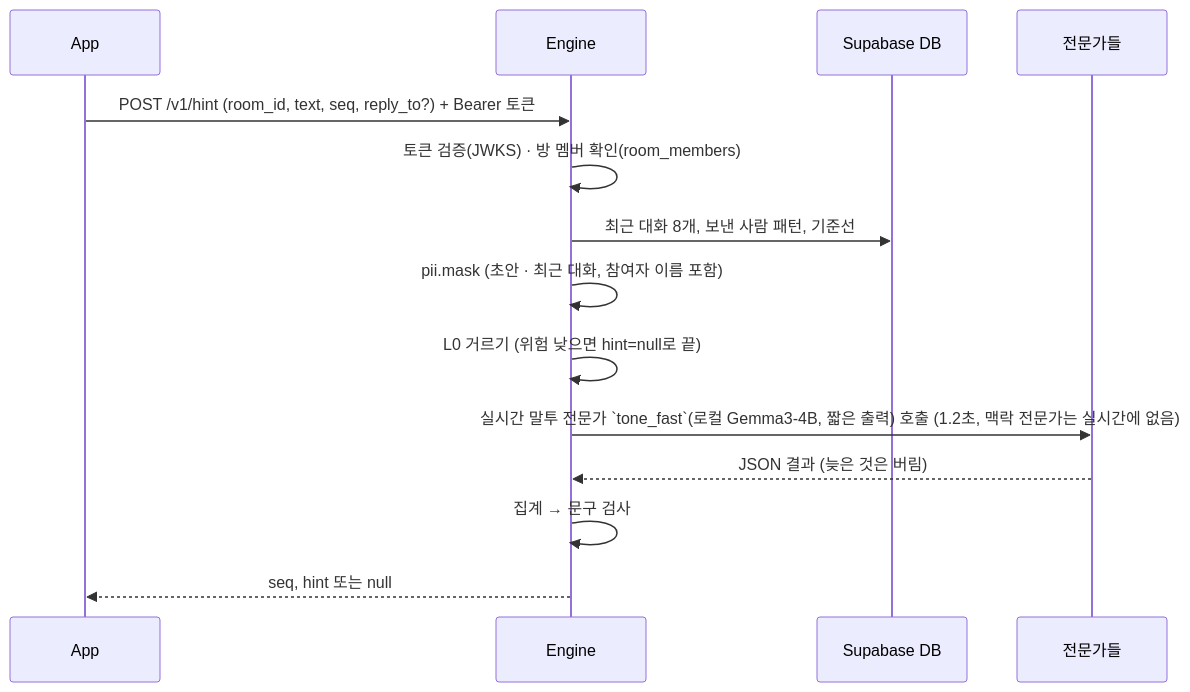
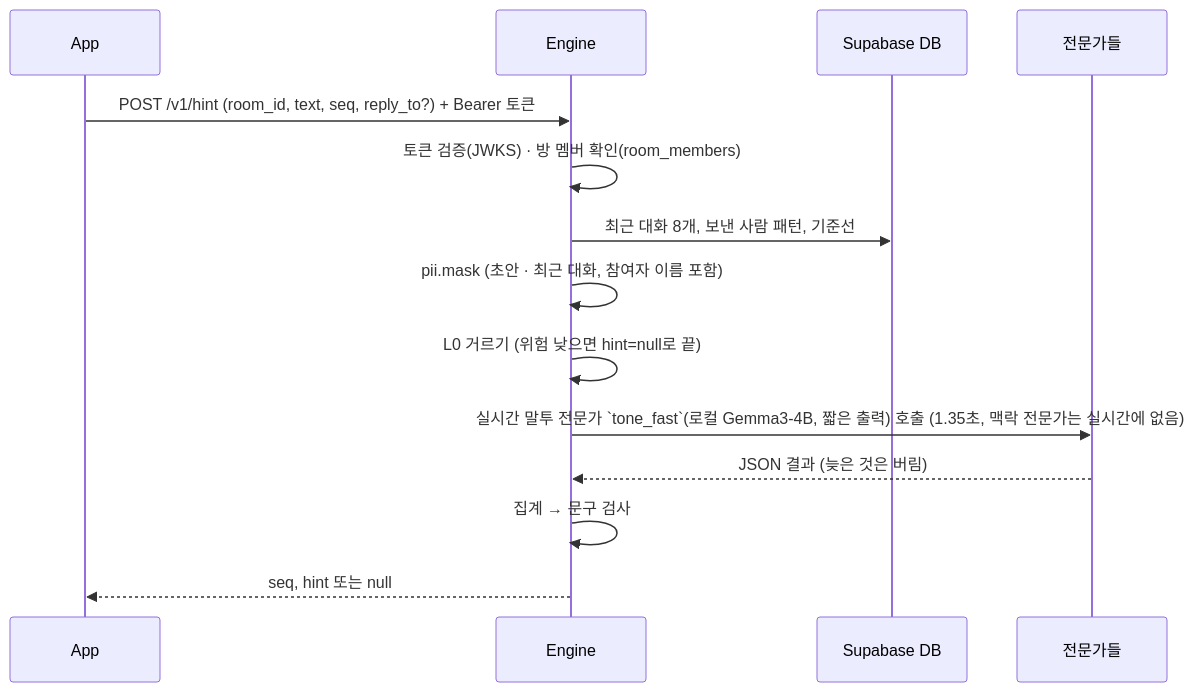
One commit to Daegyu519/Adventure_Design changed the second of 2 diagrams in ARCHITECTURE.md. Above: the diagram before and after it, drawn with Mermaid. The commit also changed other lines of this file and 10 other files, not shown here.

Commit message:
P-28 fix round 1: health 캐시·클라이언트 닫기·tone-clf 재시작·127.0.0.1·전문가 마감 1.35초·SEED 중단·relocate-fast

````diff
--- a/ARCHITECTURE.md
+++ b/ARCHITECTURE.md
@@ -121,16 +121,16 @@
 ```mermaid
 sequenceDiagram
   participant App
   participant Engine
   participant DB as Supabase DB
   participant Experts as 전문가들
   App->>Engine: POST /v1/hint (room_id, text, seq, reply_to?) + Bearer 토큰
   Engine->>Engine: 토큰 검증(JWKS) · 방 멤버 확인(room_members)
   Engine->>DB: 최근 대화 8개, 보낸 사람 패턴, 기준선
   Engine->>Engine: pii.mask (초안 · 최근 대화, 참여자 이름 포함)
   Engine->>Engine: L0 거르기 (위험 낮으면 hint=null로 끝)
-  Engine->>Experts: 실시간 말투 전문가 `tone_fast`(로컬 Gemma3-4B, 짧은 출력) 호출 (1.2초, 맥락 전문가는 실시간에 없음)
+  Engine->>Experts: 실시간 말투 전문가 `tone_fast`(로컬 Gemma3-4B, 짧은 출력) 호출 (1.35초, 맥락 전문가는 실시간에 없음)
   Experts-->>Engine: JSON 결과 (늦은 것은 버림)
   Engine->>Engine: 집계 → 문구 검사
   Engine-->>App: seq, hint 또는 null
 ```
````
